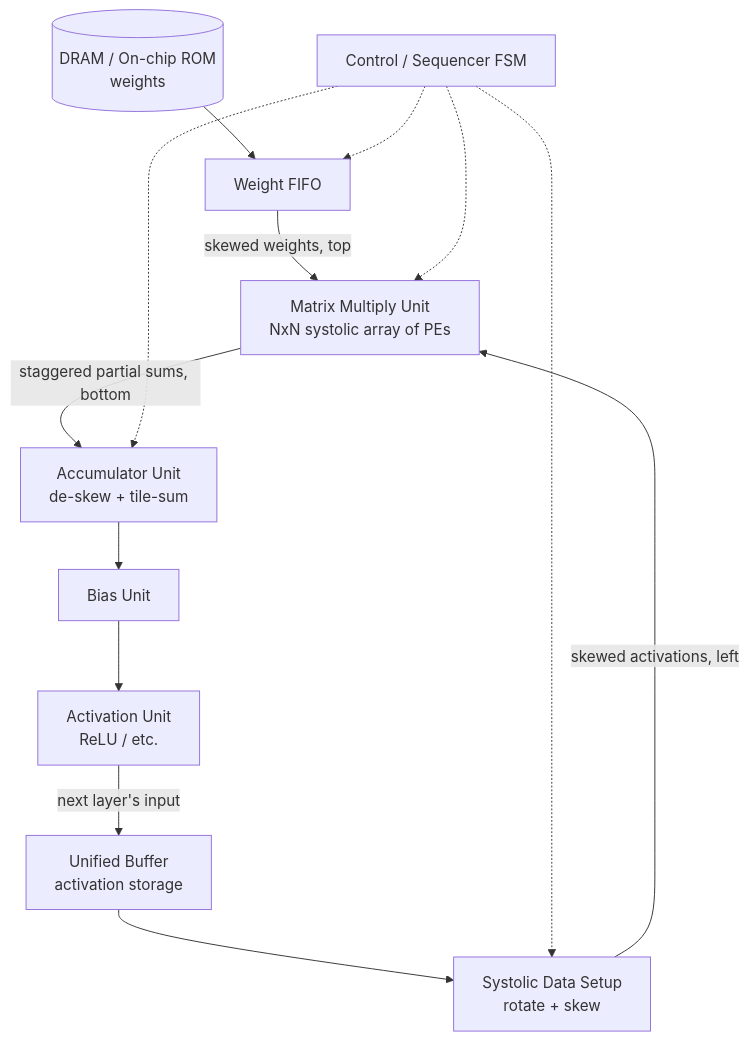
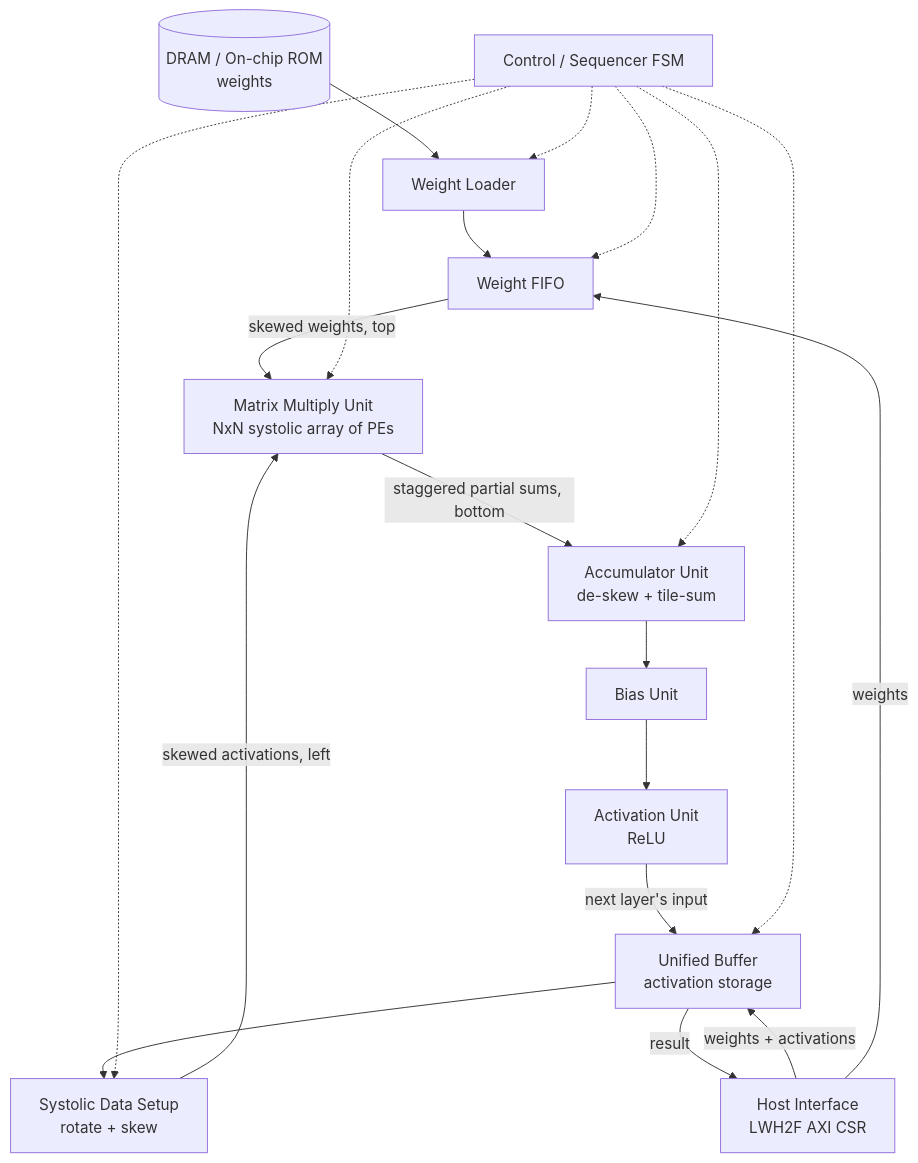
Before and after one commit to Murt2005/TPU: the diagram in README.md, drawn with Mermaid. The commit also changed other lines of this file and 5 other files, not shown here.

````diff
--- a/README.md
+++ b/README.md
@@ -120,15 +141,21 @@
 ```mermaid
 flowchart TB
-    DRAM[(DRAM / On-chip ROM<br/>weights)] --> WFIFO[Weight FIFO]
+    DRAM[(DRAM / On-chip ROM<br/>weights)] --> WLOADER[Weight Loader]
+    WLOADER --> WFIFO[Weight FIFO]
     WFIFO -- skewed weights, top --> MMU[Matrix Multiply Unit<br/>NxN systolic array of PEs]
     UB[Unified Buffer<br/>activation storage] --> SDS[Systolic Data Setup<br/>rotate + skew]
     SDS -- skewed activations, left --> MMU
     MMU -- staggered partial sums, bottom --> ACC[Accumulator Unit<br/>de-skew + tile-sum]
     ACC --> BIAS[Bias Unit]
-    BIAS --> ACT[Activation Unit<br/>ReLU / etc.]
+    BIAS --> ACT[Activation Unit<br/>ReLU]
     ACT -- next layer's input --> UB
-    CTRL[Control / Sequencer FSM] -.-> WFIFO
+    HOST[Host Interface<br/>LWH2F AXI CSR] -- weights + activations --> UB
+    HOST -- weights --> WFIFO
+    UB -- result --> HOST
+    CTRL[Control / Sequencer FSM] -.-> WLOADER
+    CTRL -.-> WFIFO
     CTRL -.-> SDS
     CTRL -.-> MMU
     CTRL -.-> ACC
+    CTRL -.-> UB
 ```
````
